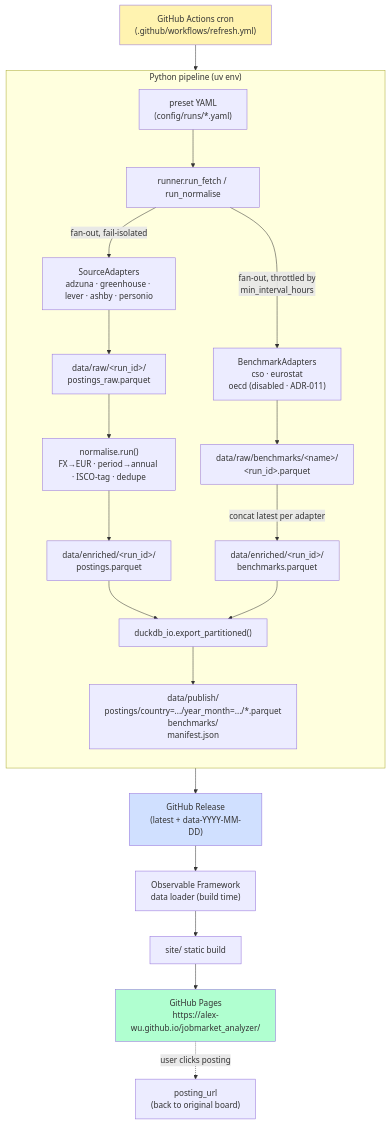
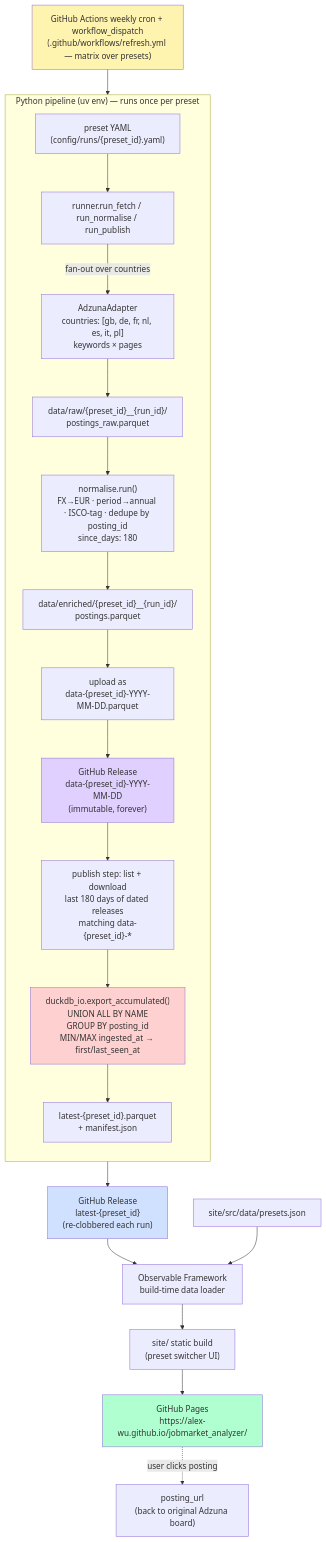
One commit to alex-wu/jobmarket_analyzer changed the diagram in docs/architecture.md. Above: the diagram before and after it, drawn with Mermaid. The commit also changed other lines of this file and 2 other files, not shown here.

Commit message:
docs: rewrite README, architecture, operations for Adzuna-only multi-preset scope

````diff
--- a/docs/architecture.md
+++ b/docs/architecture.md
@@ -7,29 +7,31 @@
 ```mermaid
 flowchart TD
-    cron["GitHub Actions cron<br/>(.github/workflows/refresh.yml)"] --> runner
+    cron["GitHub Actions weekly cron + workflow_dispatch<br/>(.github/workflows/refresh.yml — matrix over presets)"] --> runner
 
-    subgraph pipeline["Python pipeline (uv env)"]
+    subgraph pipeline["Python pipeline (uv env) — runs once per preset"]
         direction TB
-        preset["preset YAML<br/>(config/runs/*.yaml)"] --> runner["runner.run_fetch / run_normalise"]
-        runner -->|fan-out, fail-isolated| sources["SourceAdapters<br/>adzuna · greenhouse · lever · ashby · personio"]
-        sources --> raw["data/raw/&lt;run_id&gt;/<br/>postings_raw.parquet"]
-        runner -->|fan-out, throttled by<br/>min_interval_hours| bench["BenchmarkAdapters<br/>cso · eurostat<br/>oecd (disabled · ADR-011)"]
-        bench --> benchraw["data/raw/benchmarks/&lt;name&gt;/<br/>&lt;run_id&gt;.parquet"]
-        raw --> normalise["normalise.run()<br/>FX→EUR · period→annual · ISCO-tag · dedupe"]
-        normalise --> enriched["data/enriched/&lt;run_id&gt;/<br/>postings.parquet"]
-        benchraw -->|concat latest per adapter| enrichedbench["data/enriched/&lt;run_id&gt;/<br/>benchmarks.parquet"]
-        enriched --> publish["duckdb_io.export_partitioned()"]
-        enrichedbench --> publish
-        publish --> bundle["data/publish/<br/>postings/country=.../year_month=.../*.parquet<br/>benchmarks/<br/>manifest.json"]
+        preset["preset YAML<br/>(config/runs/{preset_id}.yaml)"] --> runner["runner.run_fetch / run_normalise / run_publish"]
+        runner -->|fan-out over countries| adzuna["AdzunaAdapter<br/>countries: [gb, de, fr, nl, es, it, pl]<br/>keywords × pages"]
+        adzuna --> raw["data/raw/{preset_id}__{run_id}/<br/>postings_raw.parquet"]
+        raw --> normalise["normalise.run()<br/>FX→EUR · period→annual · ISCO-tag · dedupe by posting_id<br/>since_days: 180"]
+        normalise --> enriched["data/enriched/{preset_id}__{run_id}/<br/>postings.parquet"]
+        enriched --> archive_upload["upload as<br/>data-{preset_id}-YYYY-MM-DD.parquet"]
+        archive_upload --> dated_release["GitHub Release<br/>data-{preset_id}-YYYY-MM-DD<br/>(immutable, forever)"]
+        dated_release --> accum_download["publish step: list + download<br/>last 180 days of dated releases<br/>matching data-{preset_id}-*"]
+        accum_download --> accumulate["duckdb_io.export_accumulated()<br/>UNION ALL BY NAME<br/>GROUP BY posting_id<br/>MIN/MAX ingested_at → first/last_seen_at"]
+        accumulate --> latest_artifact["latest-{preset_id}.parquet<br/>+ manifest.json"]
     end
 
-    bundle --> release["GitHub Release<br/>(latest + data-YYYY-MM-DD)"]
-    release --> loader["Observable Framework<br/>data loader (build time)"]
-    loader --> site["site/ static build"]
+    latest_artifact --> latest_release["GitHub Release<br/>latest-{preset_id}<br/>(re-clobbered each run)"]
+    latest_release --> loader["Observable Framework<br/>build-time data loader"]
+    presets_manifest["site/src/data/presets.json"] --> loader
+    loader --> site["site/ static build<br/>(preset switcher UI)"]
     site --> pages["GitHub Pages<br/>https://alex-wu.github.io/jobmarket_analyzer/"]
-    pages -.->|user clicks posting| source_url["posting_url<br/>(back to original board)"]
+    pages -.->|user clicks posting| source_url["posting_url<br/>(back to original Adzuna board)"]
 
     style cron fill:#fff3b0
     style pages fill:#b0ffd0
-    style release fill:#d0e0ff
+    style latest_release fill:#d0e0ff
+    style dated_release fill:#e0d0ff
+    style accumulate fill:#ffd0d0
 ```
````
